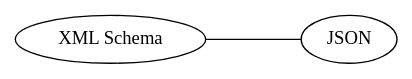
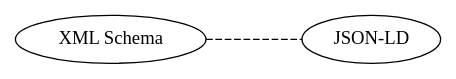
Before and after one commit to TomCarlson-NTAC/NIEM-Metamodel: the diagram in two_technologies.dot, drawn with Graphviz. The commit also changed 5 other files, not shown here.

Commit message:
Updated diagrams

```diff
--- a/two_technologies.dot
+++ b/two_technologies.dot
@@ -1,11 +1,11 @@
 graph means {
 
 	layout="circo";
 	
 	xml[label="XML Schema"];
-	json[label="JSON"];
+	json[label="JSON-LD"];
 	
-	xml -- json;
+	xml -- json[style="dashed"];
 
 
 }
```
